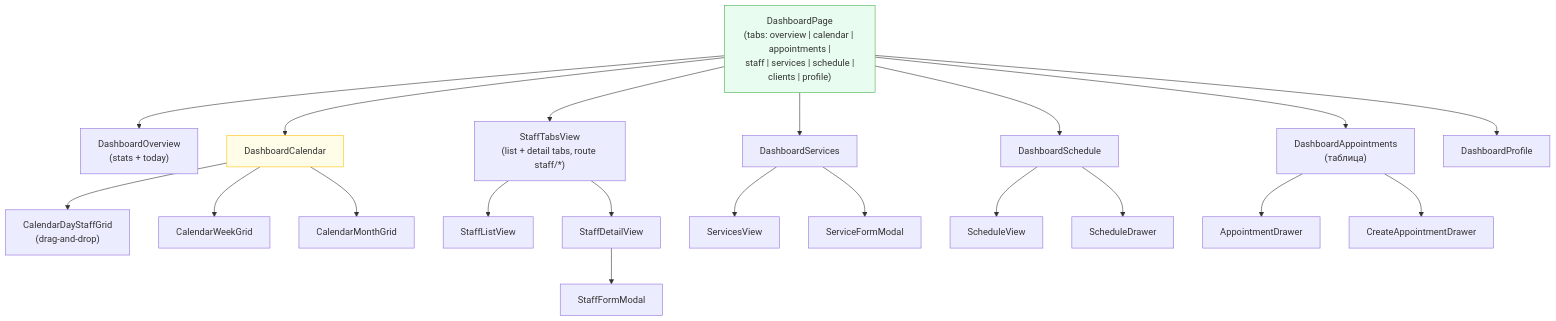
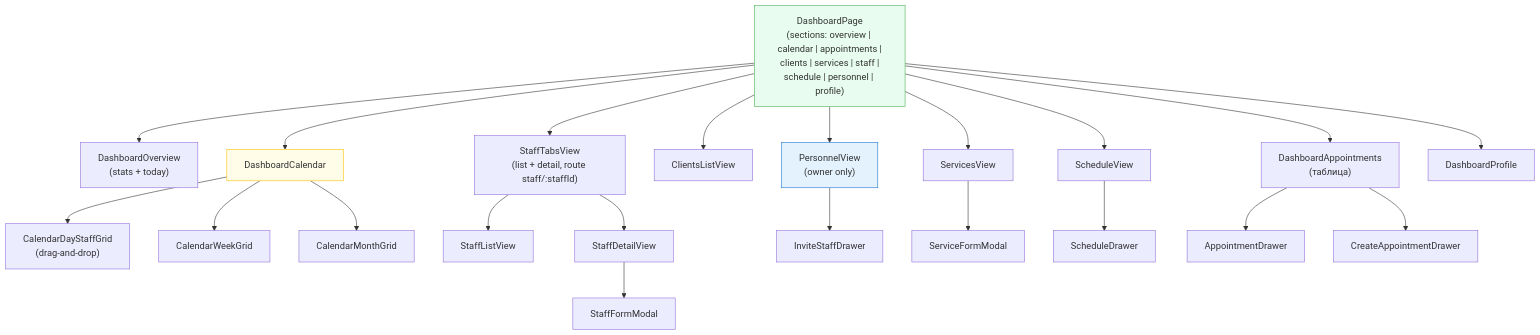
Before and after one commit to vvnezapnopwnz1/beauty-marketplace: the third of 5 diagrams in docs/vault/architecture/frontend.md, drawn with Mermaid. The commit also changed other lines of this file and 50 other files, not shown here.

````diff
--- a/docs/vault/architecture/frontend.md
+++ b/docs/vault/architecture/frontend.md
@@ -60,32 +62,35 @@
 ```mermaid
 graph TD
-    DashboardPage["DashboardPage\n(tabs: overview | calendar | appointments |\n staff | services | schedule | clients | profile)"]
+    DashboardPage["DashboardPage\n(sections: overview | calendar | appointments |\n clients | services | staff | schedule | personnel | profile)"]
 
     DashboardPage --> DashOverview["DashboardOverview\n(stats + today)"]
     DashboardPage --> DashCalendar["DashboardCalendar"]
     DashboardPage --> DashAppointments["DashboardAppointments\n(таблица)"]
-    DashboardPage --> StaffTabs["StaffTabsView\n(list + detail tabs, route staff/*)"]
-    DashboardPage --> DashServices["DashboardServices"]
-    DashboardPage --> DashSchedule["DashboardSchedule"]
+    DashboardPage --> ClientsList["ClientsListView"]
+    DashboardPage --> StaffTabs["StaffTabsView\n(list + detail, route staff/:staffId)"]
+    DashboardPage --> Personnel["PersonnelView\n(owner only)"]
+    DashboardPage --> DashServices["ServicesView"]
+    DashboardPage --> DashSchedule["ScheduleView"]
     DashboardPage --> DashProfile["DashboardProfile"]
 
     DashCalendar --> CalDay["CalendarDayStaffGrid\n(drag-and-drop)"]
     DashCalendar --> CalWeek["CalendarWeekGrid"]
     DashCalendar --> CalMonth["CalendarMonthGrid"]
 
     StaffTabs --> StaffListView
     StaffTabs --> StaffDetailView
     StaffDetailView --> StaffFormModal
 
-    DashServices --> ServicesView
+    Personnel --> InviteDrawer["InviteStaffDrawer"]
+
     DashServices --> ServiceFormModal
 
-    DashSchedule --> ScheduleView
     DashSchedule --> ScheduleDrawer
 
     DashAppointments --> AppointmentDrawer
     DashAppointments --> CreateAppointmentDrawer
 
     style DashboardPage fill:#e8fdf0,stroke:#4caf50
     style DashCalendar fill:#fffde8,stroke:#ffc107
+    style Personnel fill:#e3f2fd,stroke:#1976d2
 ```
````
